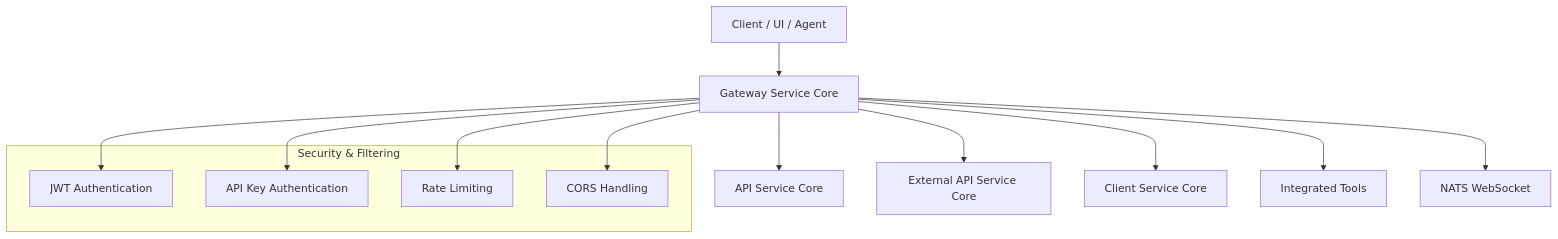
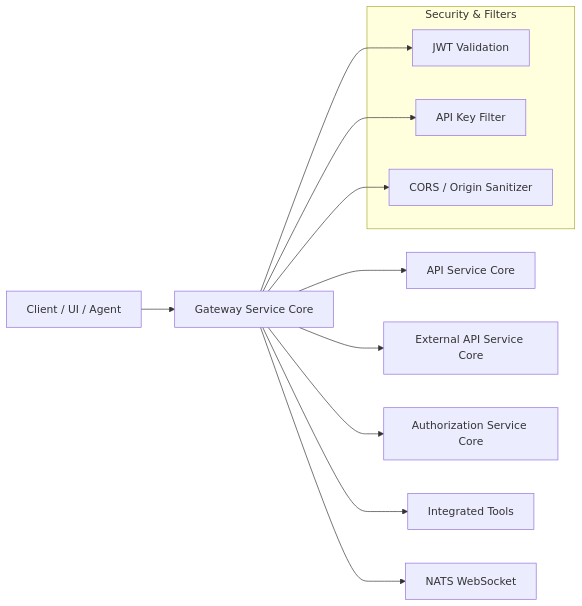
The first of 8 diagrams in docs/reference/architecture/gateway-service-core/gateway-service-core.md (flamingo-stack/openframe-oss-lib), drawn with Mermaid before and after one commit. The commit also changed other lines of this file and 172 other files, not shown here.

````diff
--- a/docs/reference/architecture/gateway-service-core/gateway-service-core.md
+++ b/docs/reference/architecture/gateway-service-core/gateway-service-core.md
@@ -26,22 +20,19 @@
 ```mermaid
-flowchart TD
+flowchart LR
     Client["Client / UI / Agent"] --> Gateway["Gateway Service Core"]
-
     Gateway --> ApiService["API Service Core"]
     Gateway --> ExternalApi["External API Service Core"]
-    Gateway --> ClientService["Client Service Core"]
+    Gateway --> AuthService["Authorization Service Core"]
     Gateway --> Tools["Integrated Tools"]
     Gateway --> Nats["NATS WebSocket"]
 
-    subgraph security_layer["Security & Filtering"]
-        JwtAuth["JWT Authentication"]
-        ApiKeyAuth["API Key Authentication"]
-        RateLimit["Rate Limiting"]
-        Cors["CORS Handling"]
+    subgraph security_layer["Security & Filters"]
+        Jwt["JWT Validation"]
+        ApiKey["API Key Filter"]
+        Cors["CORS / Origin Sanitizer"]
     end
 
-    Gateway --> JwtAuth
-    Gateway --> ApiKeyAuth
-    Gateway --> RateLimit
+    Gateway --> Jwt
+    Gateway --> ApiKey
     Gateway --> Cors
 ```
````
